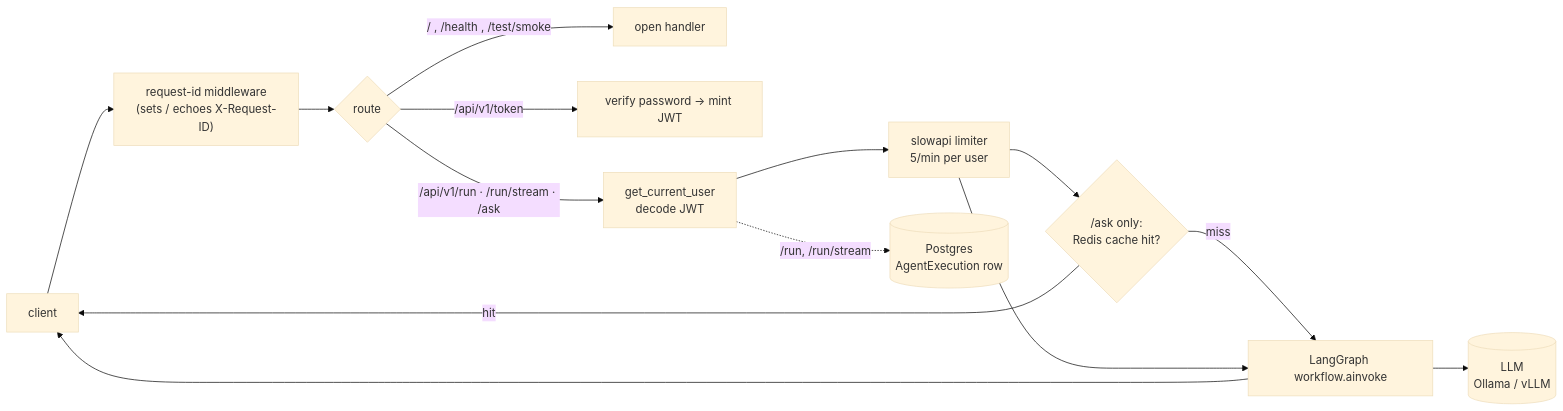
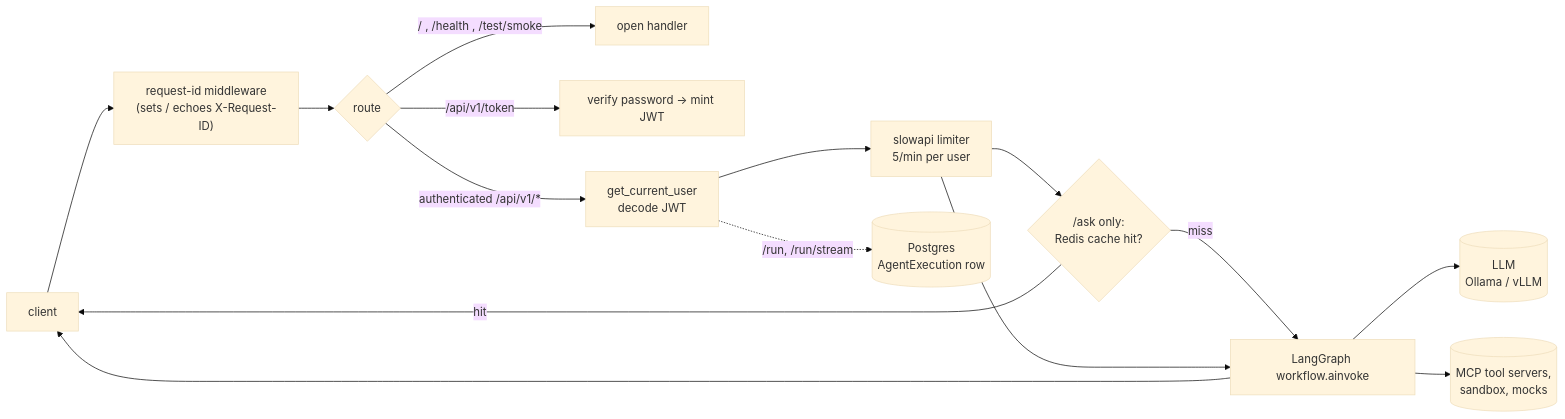
Before and after one commit to shaynemeyer/agentic-enterprise: the diagram in README.md, drawn with Mermaid (base theme). The commit also changed other lines of this file and 1 other file, not shown here.

First line of the commit message:
docs: bring README and graph-core current with the app as it stands

````diff
--- a/README.md
+++ b/README.md
@@ -28,16 +53,17 @@
 ```mermaid
 flowchart LR
     C[client] --> MW["request-id middleware<br/>(sets / echoes X-Request-ID)"]
     MW --> R{route}
     R -->|"/ , /health , /test/smoke"| OPEN[open handler]
     R -->|"/api/v1/token"| TOK[verify password -> mint JWT]
-    R -->|"/api/v1/run · /run/stream · /ask"| AUTH[get_current_user<br/>decode JWT]
+    R -->|"authenticated /api/v1/*"| AUTH[get_current_user<br/>decode JWT]
     AUTH --> LIM["slowapi limiter<br/>5/min per user"]
     LIM --> CACHE{"/ask only:<br/>Redis cache hit?"}
     CACHE -->|hit| C
     CACHE -->|miss| G
     LIM --> G[LangGraph workflow.ainvoke]
     G --> LLM[(LLM<br/>Ollama / vLLM)]
+    G --> TOOLS[(MCP tool servers,<br/>sandbox, mocks)]
     AUTH -.->|"/run, /run/stream"| DB[(Postgres<br/>AgentExecution row)]
     G --> C
 ```
````
